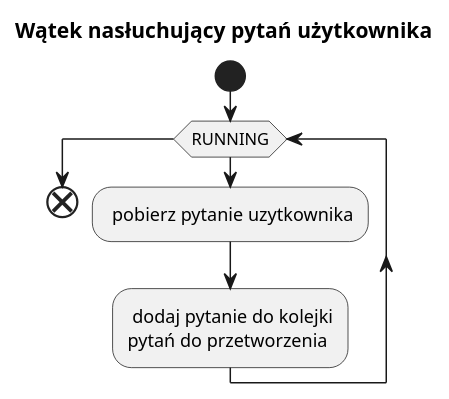
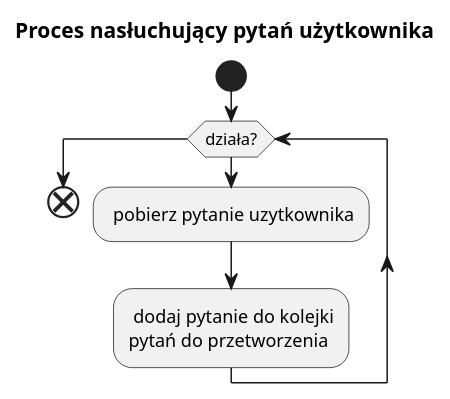
Before and after one commit to gkostkowski/ModalCommLangGrunding: the diagram in diagrams/listening_activity.puml, drawn with PlantUML. The commit also changed 6 other files, not shown here.

Commit message:
diagramy i małe poprawki w dokumentacji

```diff
--- a/diagrams/listening_activity.puml
+++ b/diagrams/listening_activity.puml
@@ -1,10 +1,10 @@
 @startuml
-title Wątek nasłuchujący pytań użytkownika
+title Proces nasłuchujący pytań użytkownika
 start
-    while (RUNNING)
+    while (działa?)
         : pobierz pytanie uzytkownika;
         : dodaj pytanie do kolejki
         pytań do przetworzenia ;
     endwhile
 end
 @enduml
```
